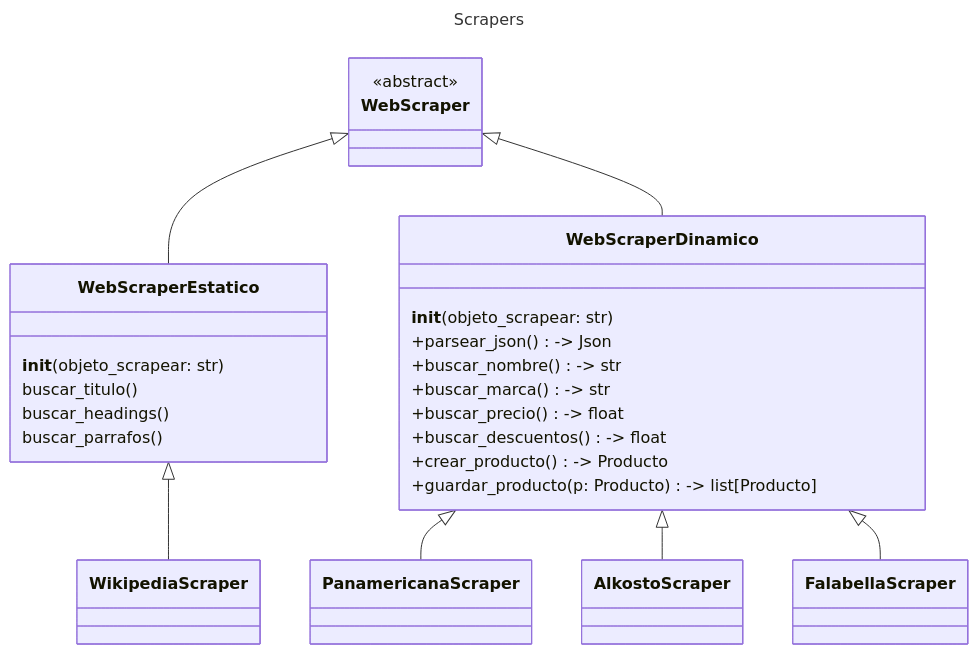
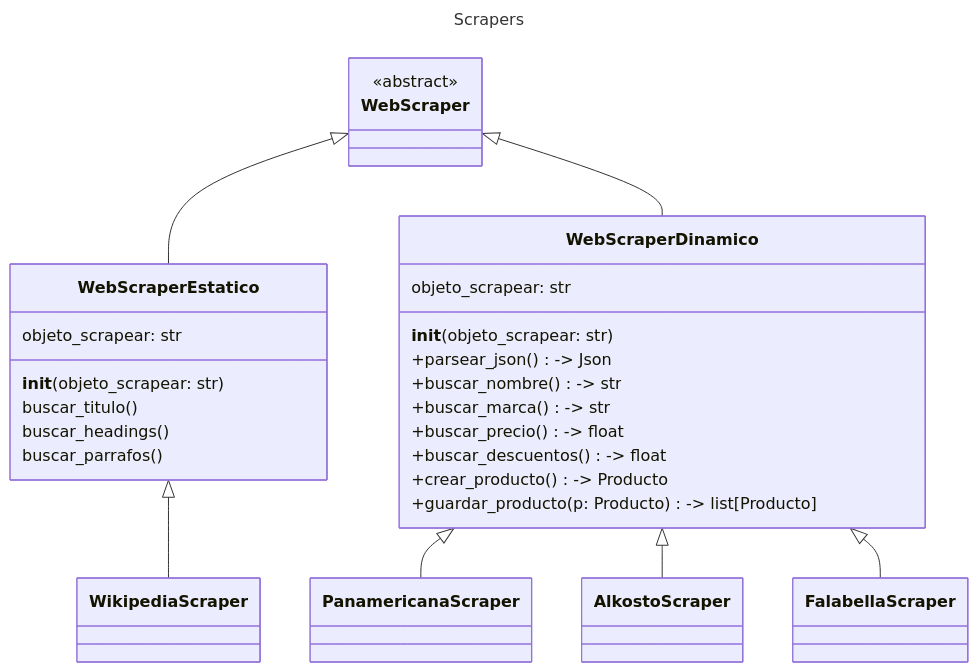
One commit to DanielFelipeGomezFonseca/poo_project changed the third of 4 diagrams in README.md. Above: the diagram before and after it, drawn with Mermaid.

````diff
--- a/README.md
+++ b/README.md
@@ -149,45 +149,47 @@
 ```mermaid
 ---
 title: Scrapers
 ---
 classDiagram
 
 Relacion entre scrappers
     class WebScraper {
         <<abstract>>
     }
 
     class WebScraperEstatico {
+  objeto_scrapear: str
   __init__(objeto_scrapear: str) 
   buscar_titulo()
   buscar_headings()
   buscar_parrafos()
 
 }
     class WebScraperDinamico {
+  objeto_scrapear: str
   __init__(objeto_scrapear: str) 
   +parsear_json() -> Json
   +buscar_nombre() -> str
   +buscar_marca() -> str
   +buscar_precio() -> float
   +buscar_descuentos() -> float
   +crear_producto() -> Producto
   +guardar_producto(p: Producto) -> list[Producto]
 }
 
     class WikipediaScraper
 
     class PanamericanaScraper
     class AlkostoScraper
 
     class FalabellaScraper
 
     WebScraper <|-- WebScraperEstatico
     WebScraper <|-- WebScraperDinamico
 
     WebScraperEstatico <|-- WikipediaScraper
 
     WebScraperDinamico <|-- PanamericanaScraper
     WebScraperDinamico <|-- AlkostoScraper
     WebScraperDinamico <|-- FalabellaScraper
 ```
````
